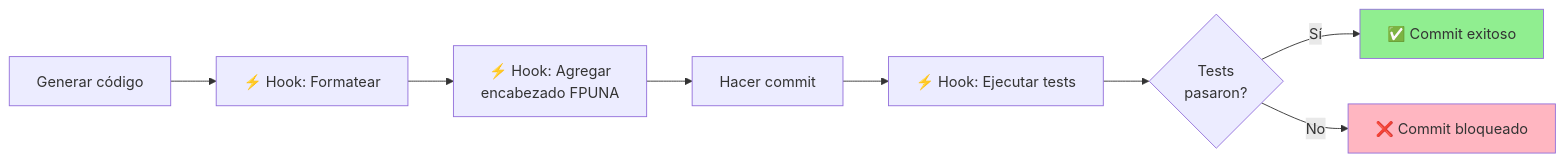
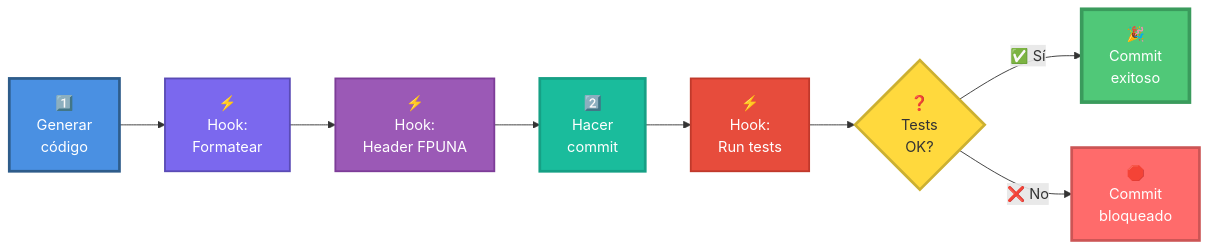
Before and after one commit to Ai-Whisperers/Courses-Content: the ninth of 16 diagrams in courses/🟡-development/FPUNA-2026/00-FUNDAMENTOS-PRINCIPALES/02-maestria-configuracion.md, drawn with Mermaid. The commit also changed other lines of this file, not shown here.

First line of the commit message:
Improve Mermaid diagrams in 02-maestria-configuracion.md (9/15 diagrams)

````diff
--- a/courses/🟡-development/FPUNA-2026/00-FUNDAMENTOS-PRINCIPALES/02-maestria-configuracion.md
+++ b/courses/🟡-development/FPUNA-2026/00-FUNDAMENTOS-PRINCIPALES/02-maestria-configuracion.md
@@ -651,13 +684,19 @@
 ```mermaid
 flowchart LR
-    A[Generar código] --> B[⚡ Hook: Formatear]
-    B --> C[⚡ Hook: Agregar<br/>encabezado FPUNA]
-    C --> D[Hacer commit]
-    D --> E[⚡ Hook: Ejecutar tests]
-    E --> F{Tests<br/>pasaron?}
-    F -->|Sí| G[✅ Commit exitoso]
-    F -->|No| H[❌ Commit bloqueado]
+    A["1️⃣<br/>Generar<br/>código"] --> B["⚡<br/>Hook:<br/>Formatear"]
+    B --> C["⚡<br/>Hook:<br/>Header FPUNA"]
+    C --> D["2️⃣<br/>Hacer<br/>commit"]
+    D --> E["⚡<br/>Hook:<br/>Run tests"]
+    E --> F{"❓<br/>Tests<br/>OK?"}
+    F -->|"✅ Sí"| G["🎉<br/>Commit<br/>exitoso"]
+    F -->|"❌ No"| H["🛑<br/>Commit<br/>bloqueado"]
     
-    style G fill:#90EE90
-    style H fill:#FFB6C1
+    style A fill:#4A90E2,stroke:#2E5C8A,stroke-width:3px,color:#fff
+    style B fill:#7B68EE,stroke:#5A4BB5,stroke-width:2px,color:#fff
+    style C fill:#9B59B6,stroke:#7D3C98,stroke-width:2px,color:#fff
+    style D fill:#1ABC9C,stroke:#16A085,stroke-width:3px,color:#fff
+    style E fill:#E74C3C,stroke:#C0392B,stroke-width:2px,color:#fff
+    style F fill:#FFD93D,stroke:#CCB031,stroke-width:3px,color:#333
+    style G fill:#50C878,stroke:#3A9B5C,stroke-width:4px,color:#fff
+    style H fill:#FF6B6B,stroke:#CC5555,stroke-width:3px,color:#fff
 ```
````
